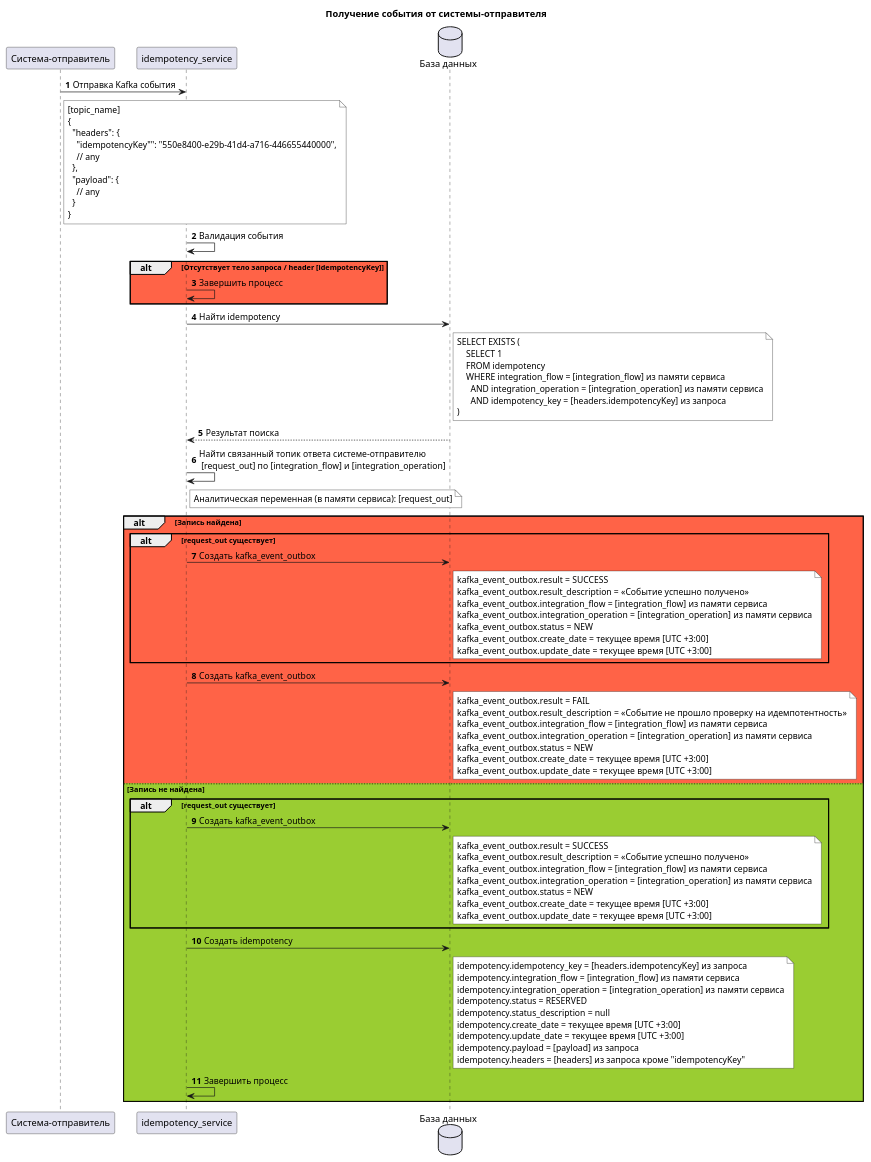
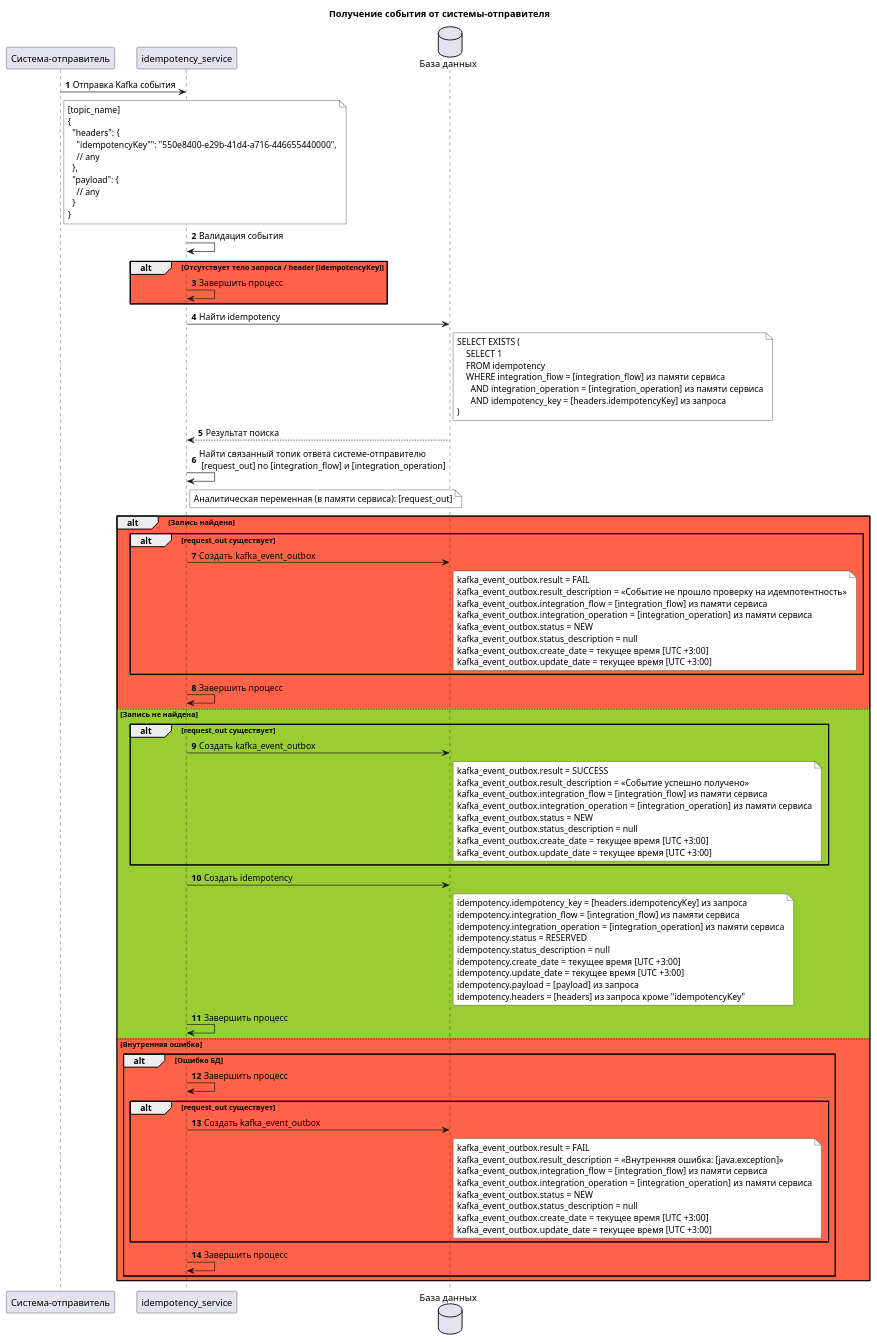
The diagram in architecture/1.puml (idempotence-service/core), drawn with PlantUML before and after one commit. The commit also changed 6 other files, not shown here.

```diff
--- a/architecture/1.puml
+++ b/architecture/1.puml
@@ -1,103 +1,111 @@
 @startuml
 title Получение события от системы-отправителя
 
 autonumber
 
 participant "Система-отправитель" as Sender
 participant "idempotency_service" as IdemService
 database "База данных" as DB
 
 Sender -> IdemService: Отправка Kafka события
 note right of Sender #FFFFFF
 [topic_name]
 {
   "headers": {
     "idempotencyKey"": "550e8400-e29b-41d4-a716-446655440000",
     // any
   },
   "payload": {
     // any
   }
 }
 end note
 
 IdemService -> IdemService: Валидация события
 
 alt #tomato Отсутствует тело запроса / header [idempotencyKey]
     IdemService -> IdemService: Завершить процесс
 end
 
 
 IdemService -> DB: Найти idempotency
 note right of DB #FFFFFF
     SELECT EXISTS (
         SELECT 1
         FROM idempotency
         WHERE integration_flow = [integration_flow] из памяти сервиса
           AND integration_operation = [integration_operation] из памяти сервиса
           AND idempotency_key = [headers.idempotencyKey] из запроса
     )
 end note
 DB --> IdemService: Результат поиска
 
 IdemService -> IdemService: Найти связанный топик ответа системе-отправителю\n [request_out] по [integration_flow] и [integration_operation]
 note right of IdemService #FFFFFF
     Аналитическая переменная (в памяти сервиса): [request_out]
 end note
 
 alt #tomato Запись найдена
-
     alt #tomato request_out существует
-            IdemService -> DB: Создать kafka_event_outbox
-            note right of DB #FFFFFF
-               kafka_event_outbox.result = SUCCESS
-               kafka_event_outbox.result_description = «Событие успешно получено»
-               kafka_event_outbox.integration_flow = [integration_flow] из памяти сервиса
-               kafka_event_outbox.integration_operation = [integration_operation] из памяти сервиса
-               kafka_event_outbox.status = NEW
-               kafka_event_outbox.create_date = текущее время [UTC +3:00]
-               kafka_event_outbox.update_date = текущее время [UTC +3:00]
-            end note
-        end
-
-    IdemService -> DB: Создать kafka_event_outbox
-    note right of DB #FFFFFF
-       kafka_event_outbox.result = FAIL
-       kafka_event_outbox.result_description = «Событие не прошло проверку на идемпотентность»
-       kafka_event_outbox.integration_flow = [integration_flow] из памяти сервиса
-       kafka_event_outbox.integration_operation = [integration_operation] из памяти сервиса
-       kafka_event_outbox.status = NEW
-       kafka_event_outbox.create_date = текущее время [UTC +3:00]
-       kafka_event_outbox.update_date = текущее время [UTC +3:00]
-    end note
+       IdemService -> DB: Создать kafka_event_outbox
+       note right of DB #FFFFFF
+          kafka_event_outbox.result = FAIL
+          kafka_event_outbox.result_description = «Событие не прошло проверку на идемпотентность»
+          kafka_event_outbox.integration_flow = [integration_flow] из памяти сервиса
+          kafka_event_outbox.integration_operation = [integration_operation] из памяти сервиса
+          kafka_event_outbox.status = NEW
+          kafka_event_outbox.status_description = null
+          kafka_event_outbox.create_date = текущее время [UTC +3:00]
+          kafka_event_outbox.update_date = текущее время [UTC +3:00]
+       end note
+    end
+    IdemService -> IdemService: Завершить процесс
 else #yellowgreen Запись не найдена
-
     alt #yellowgreen request_out существует
         IdemService -> DB: Создать kafka_event_outbox
         note right of DB #FFFFFF
            kafka_event_outbox.result = SUCCESS
            kafka_event_outbox.result_description = «Событие успешно получено»
            kafka_event_outbox.integration_flow = [integration_flow] из памяти сервиса
            kafka_event_outbox.integration_operation = [integration_operation] из памяти сервиса
            kafka_event_outbox.status = NEW
+           kafka_event_outbox.status_description = null
            kafka_event_outbox.create_date = текущее время [UTC +3:00]
            kafka_event_outbox.update_date = текущее время [UTC +3:00]
         end note
     end
 
     IdemService -> DB: Создать idempotency
     note right of DB #FFFFFF
        idempotency.idempotency_key = [headers.idempotencyKey] из запроса
        idempotency.integration_flow = [integration_flow] из памяти сервиса
        idempotency.integration_operation = [integration_operation] из памяти сервиса
        idempotency.status = RESERVED
        idempotency.status_description = null
        idempotency.create_date = текущее время [UTC +3:00]
        idempotency.update_date = текущее время [UTC +3:00]
        idempotency.payload = [payload] из запроса
        idempotency.headers = [headers] из запроса кроме "idempotencyKey"
     end note
     IdemService -> IdemService: Завершить процесс
+else #tomato Внутренняя ошибка
+    alt Ошибка БД
+        IdemService -> IdemService : Завершить процесс
+        alt #tomato request_out существует
+            IdemService -> DB : Создать kafka_event_outbox
+            note right of DB #FFFFFF
+                kafka_event_outbox.result = FAIL
+                kafka_event_outbox.result_description = «Внутренняя ошибка: [java.exception]»
+                kafka_event_outbox.integration_flow = [integration_flow] из памяти сервиса
+                kafka_event_outbox.integration_operation = [integration_operation] из памяти сервиса
+                kafka_event_outbox.status = NEW
+                kafka_event_outbox.status_description = null
+                kafka_event_outbox.create_date = текущее время [UTC +3:00]
+                kafka_event_outbox.update_date = текущее время [UTC +3:00]
+            end note
+        end
+        IdemService -> IdemService : Завершить процесс
+    end
 end
 
 @enduml
```
